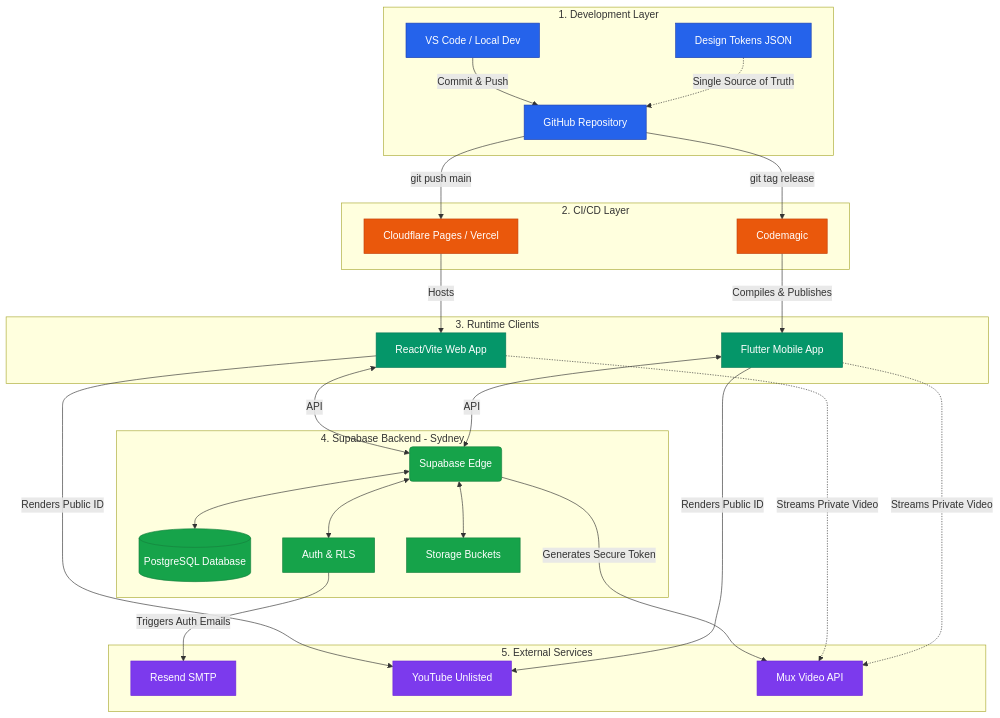
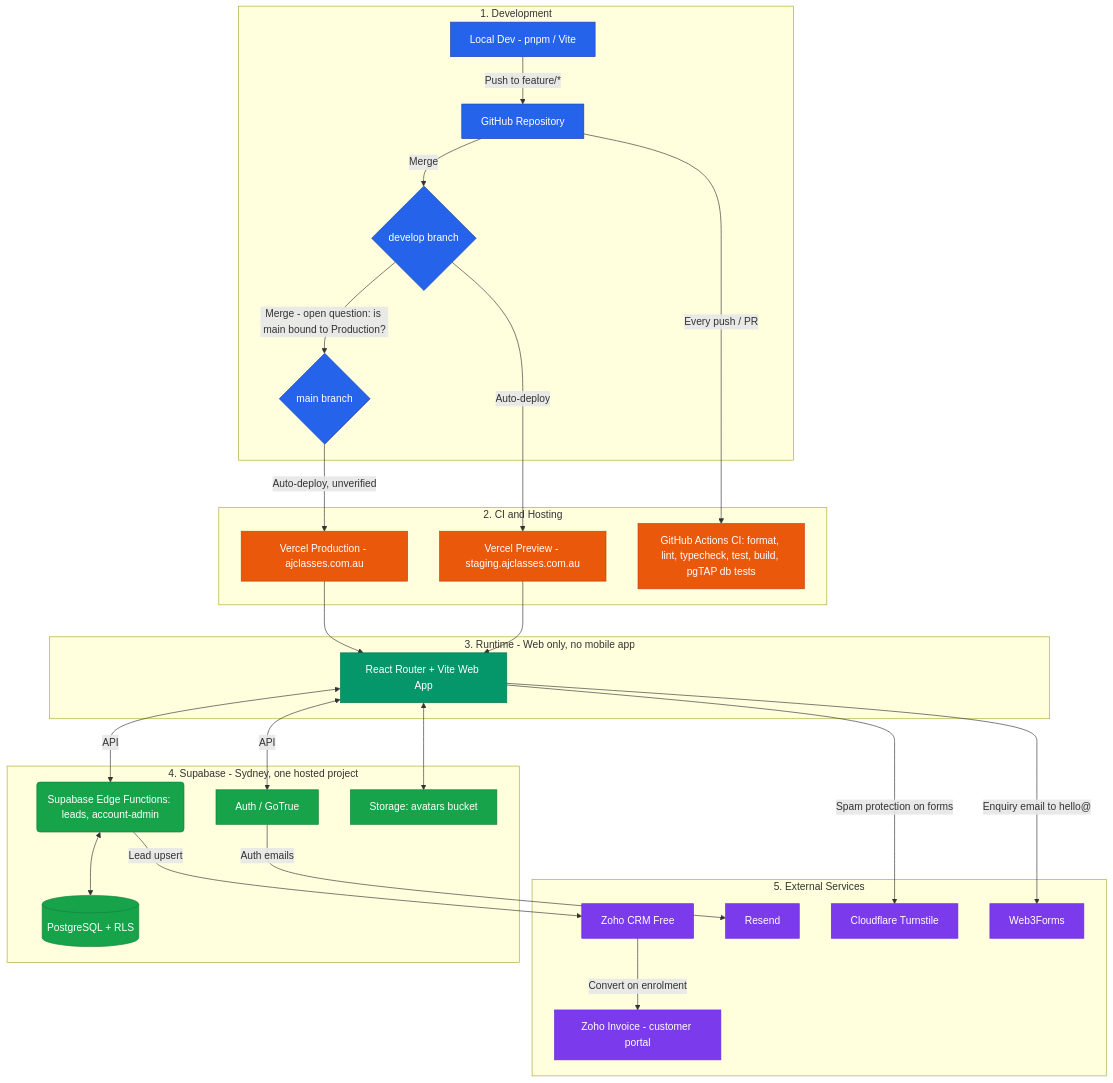
One commit to splaytech/aj_classes changed the diagram in docs/architecture/arch.md. Above: the diagram before and after it, drawn with Mermaid. The commit also changed other lines of this file, not shown here.

````diff
--- a/docs/architecture/arch.md
+++ b/docs/architecture/arch.md
@@ -33,46 +80,46 @@
 ```mermaid
 flowchart TD
     %% Styling
     classDef dev fill:#2563eb,stroke:#1e40af,color:#fff;
     classDef cicd fill:#ea580c,stroke:#c2410c,color:#fff;
     classDef client fill:#059669,stroke:#047857,color:#fff;
     classDef backend fill:#16a34a,stroke:#15803d,color:#fff;
     classDef external fill:#7c3aed,stroke:#6d28d9,color:#fff;
 
     %% Development Layer
-    subgraph DevLayer [1. Development Layer]
-        A[VS Code / Local Dev]:::dev -->|Commit & Push| B[GitHub Repository]:::dev
-        C[Design Tokens JSON]:::dev -.->|Single Source of Truth| B
+    subgraph DevLayer [1. Development]
+        A[Local Dev - pnpm / Vite]:::dev -->|Push to feature/*| B[GitHub Repository]:::dev
+        B -->|Merge| C{develop branch}:::dev
+        C -->|Merge - open question: is main bound to Production?| M{main branch}:::dev
     end
 
     %% CI/CD Layer
-    subgraph CICDLayer [2. CI/CD Layer]
-        B -->|git push main| D[Cloudflare Pages / Vercel]:::cicd
-        B -->|git tag release| E[Codemagic]:::cicd
+    subgraph CICDLayer [2. CI and Hosting]
+        B -->|Every push / PR| D[GitHub Actions CI: format, lint, typecheck, test, build, pgTAP db tests]:::cicd
+        C -->|Auto-deploy| E[Vercel Preview - staging.ajclasses.com.au]:::cicd
+        M -->|Auto-deploy, unverified| F[Vercel Production - ajclasses.com.au]:::cicd
     end
 
     %% Runtime Clients
-    subgraph ClientLayer [3. Runtime Clients]
-        D -->|Hosts| F[React/Vite Web App]:::client
-        E -->|Compiles & Publishes| G[Flutter Mobile App]:::client
+    subgraph ClientLayer [3. Runtime - Web only, no mobile app]
+        E --> G[React Router + Vite Web App]:::client
+        F --> G
     end
 
     %% Managed Backend
-    subgraph BackendLayer [4. Supabase Backend - Sydney]
-        F <-->|API| H(Supabase Edge):::backend
-        G <-->|API| H
-        H <--> I[(PostgreSQL Database)]:::backend
-        H <--> J[Auth & RLS]:::backend
-        H <--> K[Storage Buckets]:::backend
+    subgraph BackendLayer [4. Supabase - Sydney, one hosted project]
+        G <-->|API| H(Supabase Edge Functions: leads, account-admin):::backend
+        G <-->|API| I[Auth / GoTrue]:::backend
+        H <--> J[(PostgreSQL + RLS)]:::backend
+        G <--> K[Storage: avatars bucket]:::backend
     end
 
     %% External Services
     subgraph ExternalLayer [5. External Services]
-        J -->|Triggers Auth Emails| L[Resend SMTP]:::external
-        F -->|Renders Public ID| M[YouTube Unlisted]:::external
-        G -->|Renders Public ID| M
-        H -->|Generates Secure Token| N[Mux Video API]:::external
-        F -.->|Streams Private Video| N
-        G -.->|Streams Private Video| N
+        I -->|Auth emails| L[Resend]:::external
+        H -->|Lead upsert| N[Zoho CRM Free]:::external
+        N -->|Convert on enrolment| O[Zoho Invoice - customer portal]:::external
+        G -->|Spam protection on forms| P[Cloudflare Turnstile]:::external
+        G -->|Enquiry email to hello@| Q[Web3Forms]:::external
     end
 ```
````
